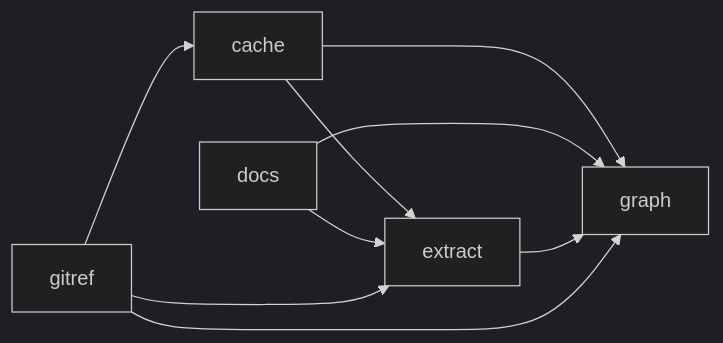
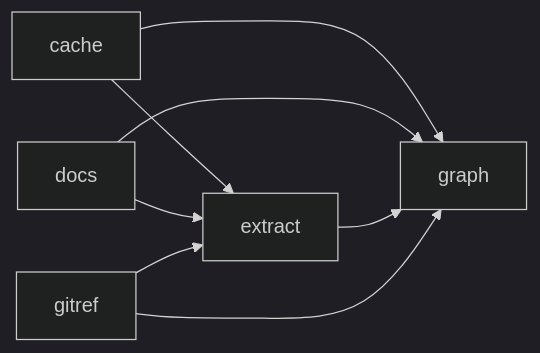
One commit to vibhuthespeedst/repograph changed the diagram in README.md. Above: the diagram before and after it, drawn with Mermaid (dark theme). The commit also changed other lines of this file and 4 other files, not shown here.

````diff
--- a/README.md
+++ b/README.md
@@ -98,7 +98,7 @@
 ```mermaid
 flowchart LR
     cache --> extract & graph_["graph"]
     docs --> extract & graph_["graph"]
     extract --> graph_["graph"]
-    gitref --> cache & extract & graph_["graph"]
+    gitref --> extract & graph_["graph"]
 ```
````
